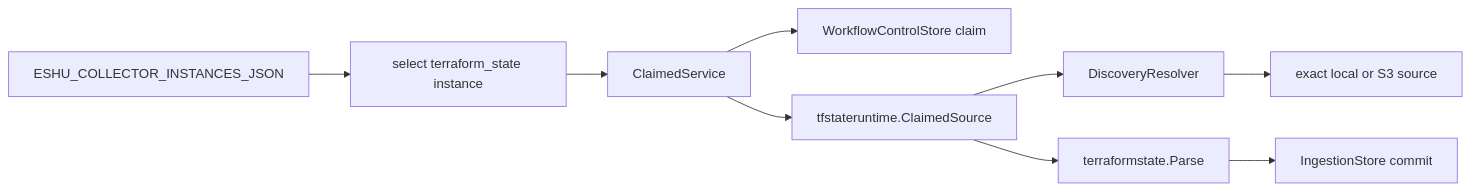
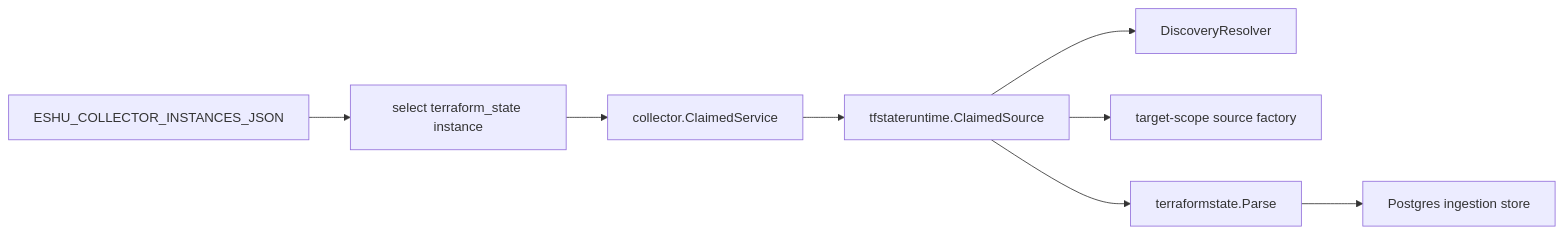
The diagram in go/cmd/collector-terraform-state/README.md (eshu-hq/eshu), drawn with Mermaid before and after one commit. The commit also changed other lines of this file and 29 other files, not shown here.

````diff
--- a/go/cmd/collector-terraform-state/README.md
+++ b/go/cmd/collector-terraform-state/README.md
@@ -12,11 +19,10 @@
 ```mermaid
 flowchart LR
   A["ESHU_COLLECTOR_INSTANCES_JSON"] --> B["select terraform_state instance"]
-  B --> C["ClaimedService"]
-  C --> D["WorkflowControlStore claim"]
-  C --> E["tfstateruntime.ClaimedSource"]
-  E --> F["DiscoveryResolver"]
-  F --> G["exact local or S3 source"]
-  E --> H["terraformstate.Parse"]
-  H --> I["IngestionStore commit"]
+  B --> C["collector.ClaimedService"]
+  C --> D["tfstateruntime.ClaimedSource"]
+  D --> E["DiscoveryResolver"]
+  D --> F["target-scope source factory"]
+  D --> G["terraformstate.Parse"]
+  G --> H["Postgres ingestion store"]
 ```
````
